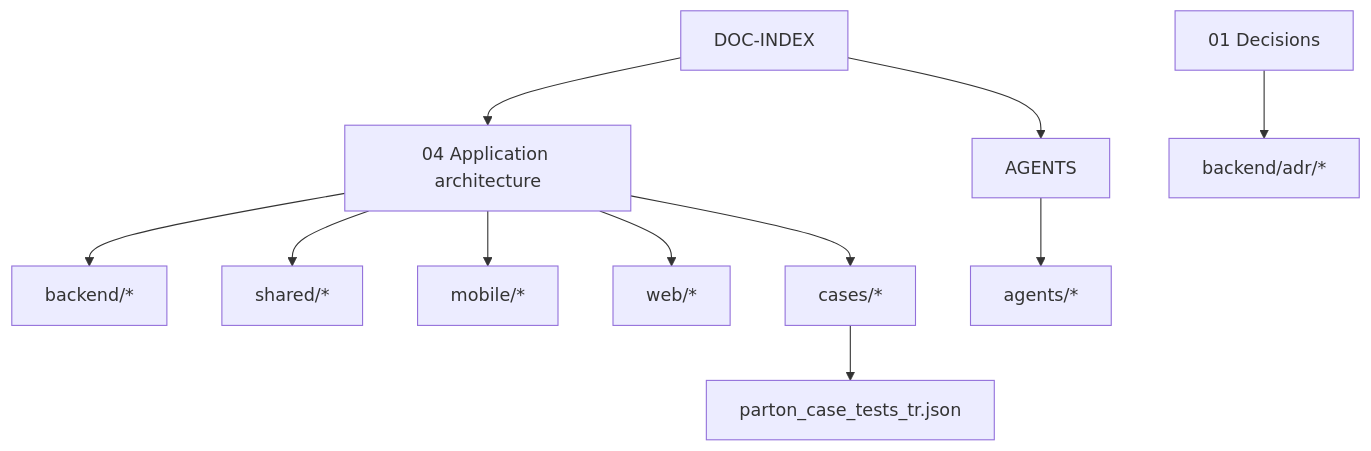
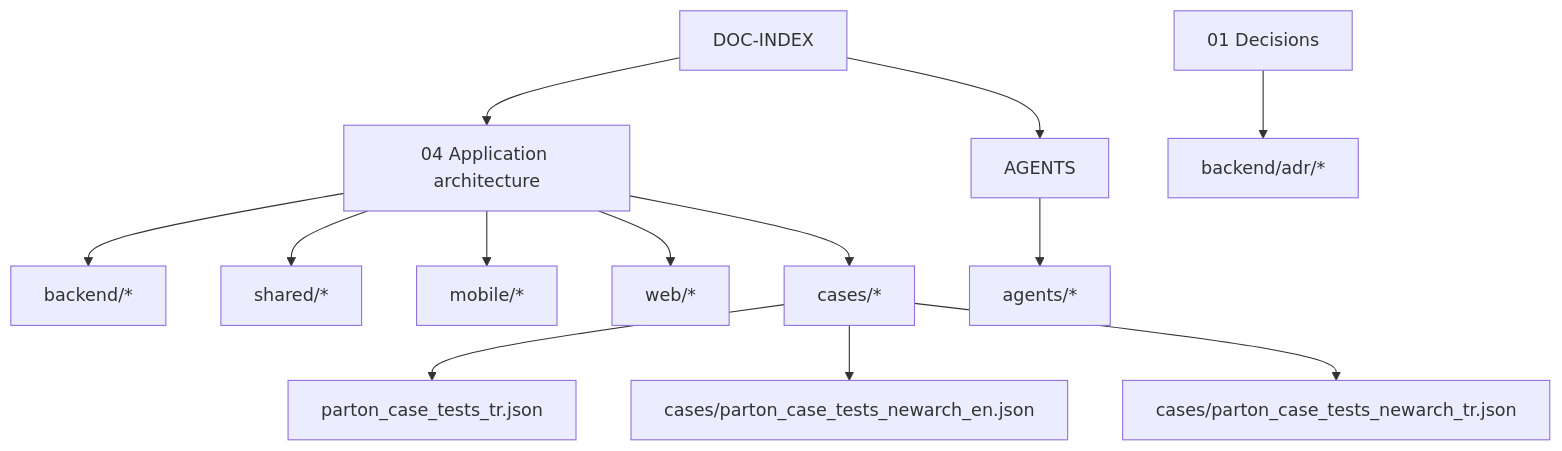
Before and after one commit to suleymanoruc01/newStructure: the diagram in PartonNewArch/DOC-COHESION.md, drawn with Mermaid. The commit also changed other lines of this file and 826 other files, not shown here.

````diff
--- a/PartonNewArch/DOC-COHESION.md
+++ b/PartonNewArch/DOC-COHESION.md
@@ -26,17 +26,19 @@
 ```mermaid
 flowchart TB
   H04[04 Application architecture]
   H01[01 Decisions]
   HIDX[DOC-INDEX]
   HAG[AGENTS]
   H04 --> BE[backend/*]
   H04 --> SH[shared/*]
   H04 --> MO[mobile/*]
   H04 --> WE[web/*]
   H04 --> CA[cases/*]
   H01 --> ADR[backend/adr/*]
   HAG --> AG[agents/*]
   HIDX --> H04
   HIDX --> HAG
   CA --> JSON[parton_case_tests_tr.json]
+  CA --> NAEN[cases/parton_case_tests_newarch_en.json]
+  CA --> NATR[cases/parton_case_tests_newarch_tr.json]
 ```
````
